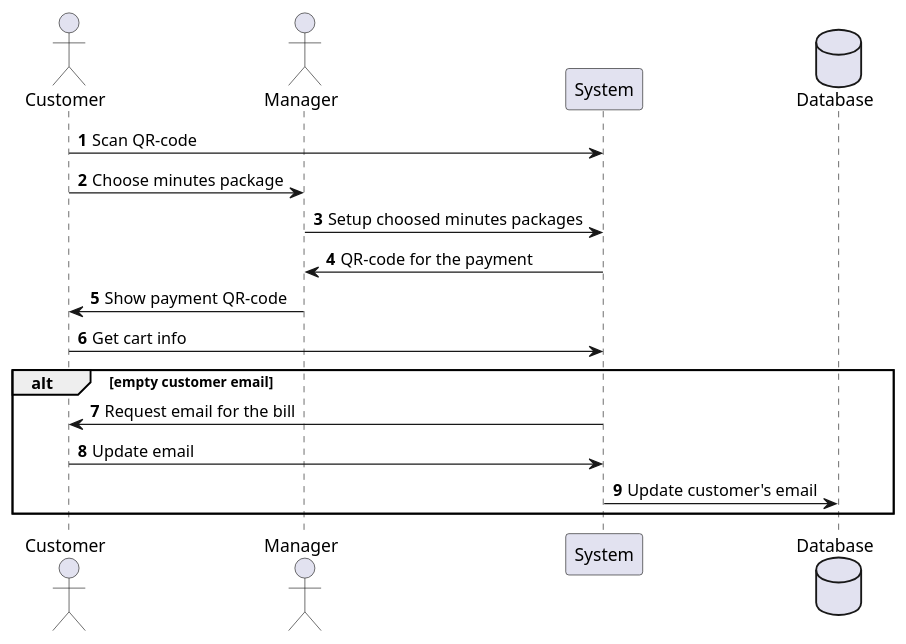
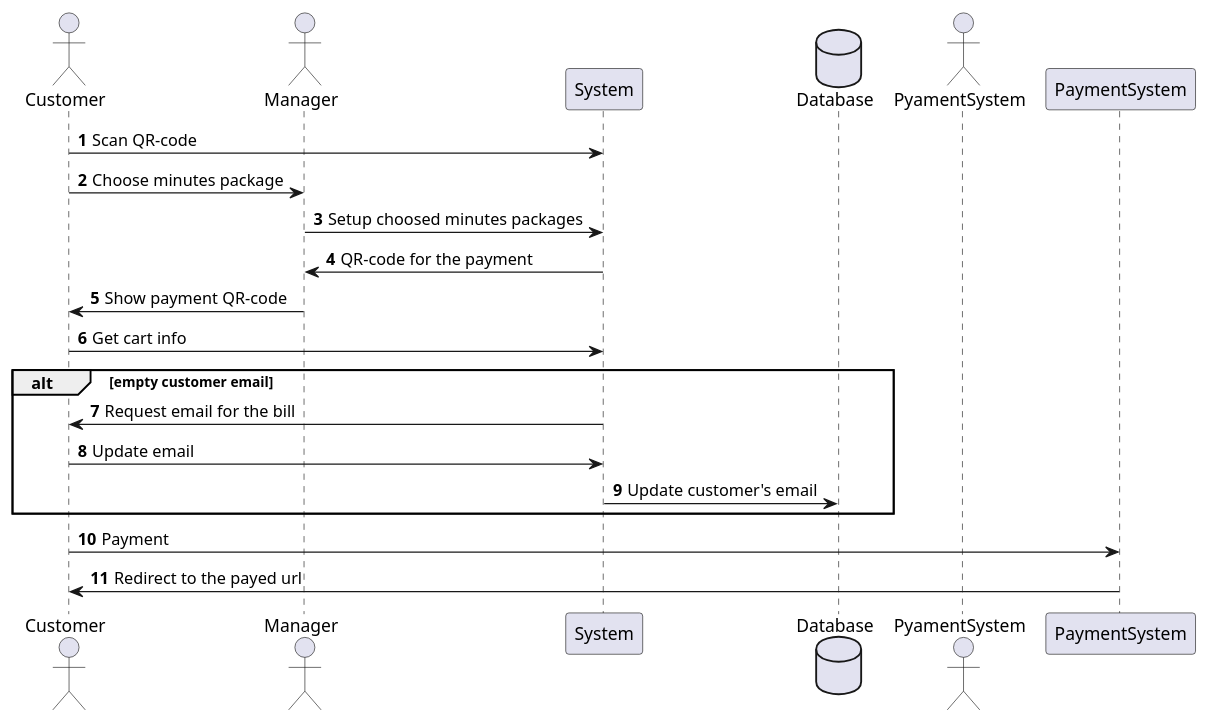
Before and after one commit to scipunch/notes: the diagram in projects/cyberpass/Technical requirements V2.md, drawn with PlantUML. The commit also changed 1 other file, not shown here.

Commit message:
vault backup: 2024-09-02 16:10:41

````diff
--- a/projects/cyberpass/Technical requirements V2.md
+++ b/projects/cyberpass/Technical requirements V2.md
@@ -1,19 +1,22 @@
 ```plantuml
 actor Customer
 actor Manager
 participant System
 database Database
+actor PyamentSystem
 
 autonumber
 Customer -> System : Scan QR-code
 Customer -> Manager : Choose minutes package
 Manager -> System : Setup choosed minutes packages
 System -> Manager : QR-code for the payment
 Manager -> Customer : Show payment QR-code
 Customer -> System : Get cart info
 alt empty customer email
 	System -> Customer : Request email for the bill
 	Customer -> System : Update email
 	System -> Database : Update customer's email
 end
+Customer -> PaymentSystem : Payment
+PaymentSystem -> Customer : Redirect to the payed url
 ```
````
